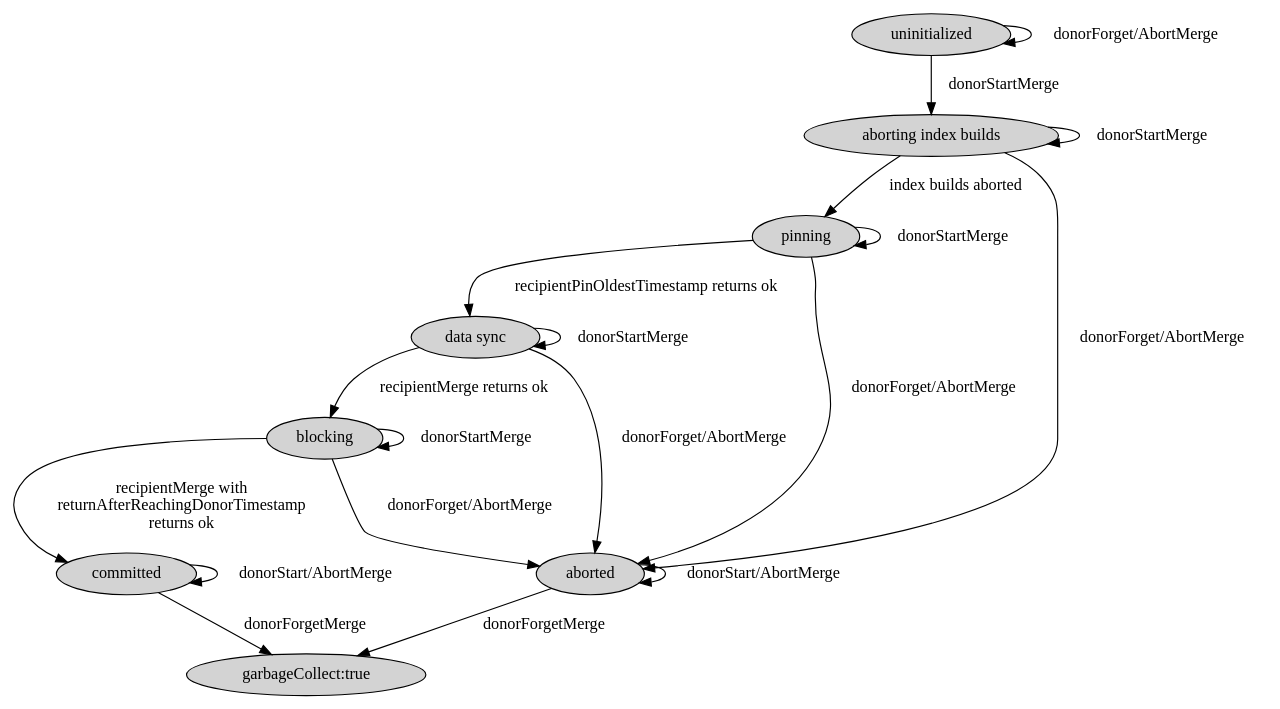
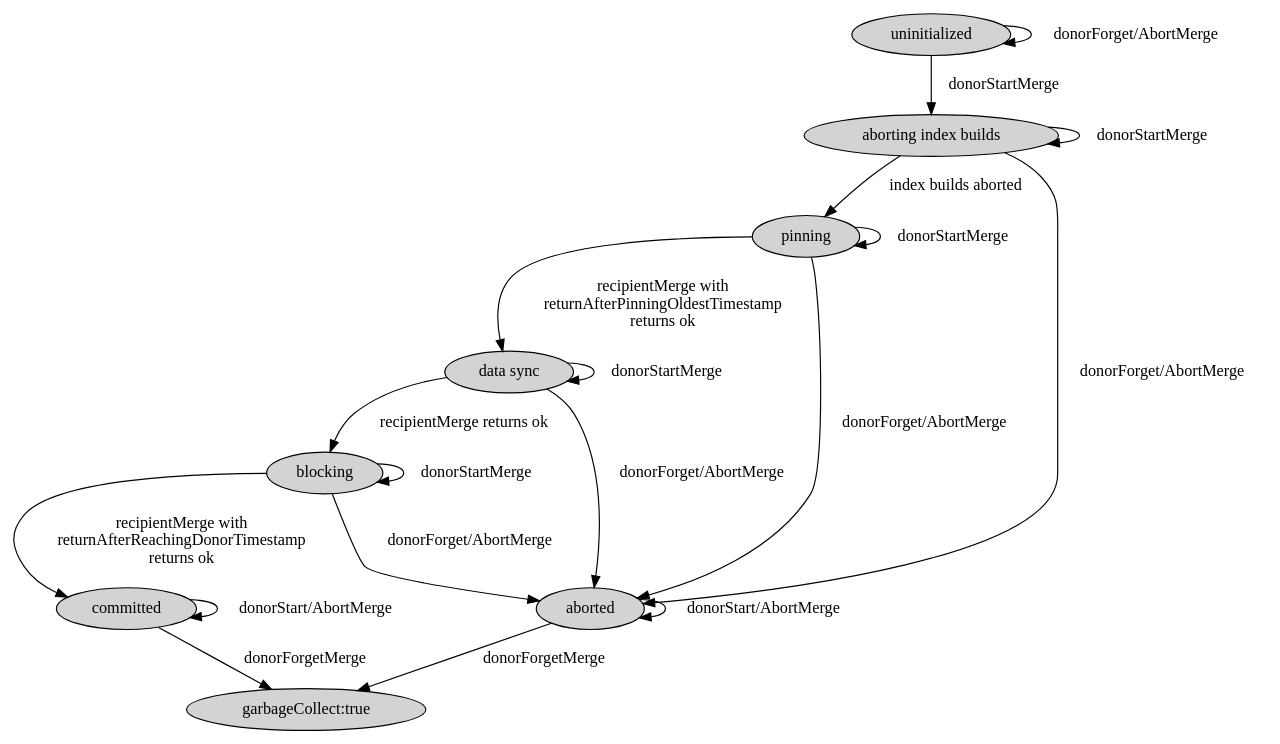
Before and after one commit to ajdavis/begin-implementing-merge: the diagram in merge-donor.dot, drawn with Graphviz. The commit also changed 1 other file, not shown here.

Commit message:
remove recipientPinOldestTimestamp

```diff
--- a/merge-donor.dot
+++ b/merge-donor.dot
@@ -1,29 +1,29 @@
 digraph G {
 	node [style=filled];
     a0 [label="uninitialized"];
     a1 [label="aborting index builds"];
     a7 [label="pinning"];
     a2 [label="data sync"];
     a3 [label="blocking"];
     a4 [label="committed"];
     a5 [label="aborted"];
     a6 [label="garbageCollect:true"];
     a0 -> a0 [label="donorForget/AbortMerge"]
     a0 -> a1 [label="donorStartMerge"];
     a1 -> a1 [label="donorStartMerge"];
     a1 -> a5 [label="donorForget/AbortMerge"]
     a1 -> a7 [label="index builds aborted"];
     a7 -> a7 [label="donorStartMerge"];
-    a7 -> a2 [label="recipientPinOldestTimestamp returns ok"];
+    a7 -> a2 [label="recipientMerge with\nreturnAfterPinningOldestTimestamp\nreturns ok"];
     a7 -> a5 [label="donorForget/AbortMerge"]
     a2 -> a2 [label="donorStartMerge"];
     a2 -> a5 [label="donorForget/AbortMerge"]
     a2 -> a3 [label="recipientMerge returns ok"];
     a3 -> a3 [label="donorStartMerge"];
     a3 -> a5 [label="donorForget/AbortMerge"];
     a3 -> a4 [label="recipientMerge with\nreturnAfterReachingDonorTimestamp\nreturns ok"];
     a4 -> a4 [label="donorStart/AbortMerge"];
     a4 -> a6 [label="donorForgetMerge"];
     a5 -> a5 [label="donorStart/AbortMerge"];
     a5 -> a6 [label="donorForgetMerge"];
 }
```
